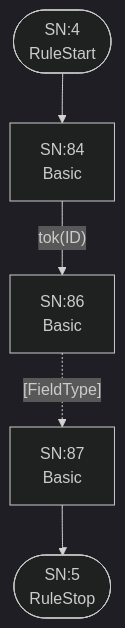
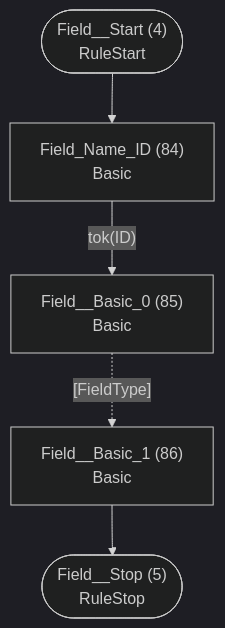
The third of 25 diagrams in internal/grammar/atn.md (TypeFox/fastbelt), drawn with Mermaid (dark theme) before and after one commit. The commit also changed other lines of this file and 26 other files, not shown here.

````diff
--- a/internal/grammar/atn.md
+++ b/internal/grammar/atn.md
@@ -100,13 +100,13 @@
 ```mermaid
 flowchart TD
-    q4(["SN:4<br/>RuleStart"])
-    q5(["SN:5<br/>RuleStop"])
-    q84["SN:84<br/>Basic<br/>"]
-    q85["SN:86<br/>Basic<br/>"]
-    q86["SN:87<br/>Basic<br/>"]
+    q4(["Field__Start (4)<br/>RuleStart"])
+    q5(["Field__Stop (5)<br/>RuleStop"])
+    q84["Field_Name_ID (84)<br/>Basic<br/>"]
+    q85["Field__Basic_0 (85)<br/>Basic<br/>"]
+    q86["Field__Basic_1 (86)<br/>Basic<br/>"]
 
     q4 --> q84
     q84 -->|"tok(ID)"| q85
     q85 -.->|"[FieldType]"| q86
     q86 --> q5
 ```
````
